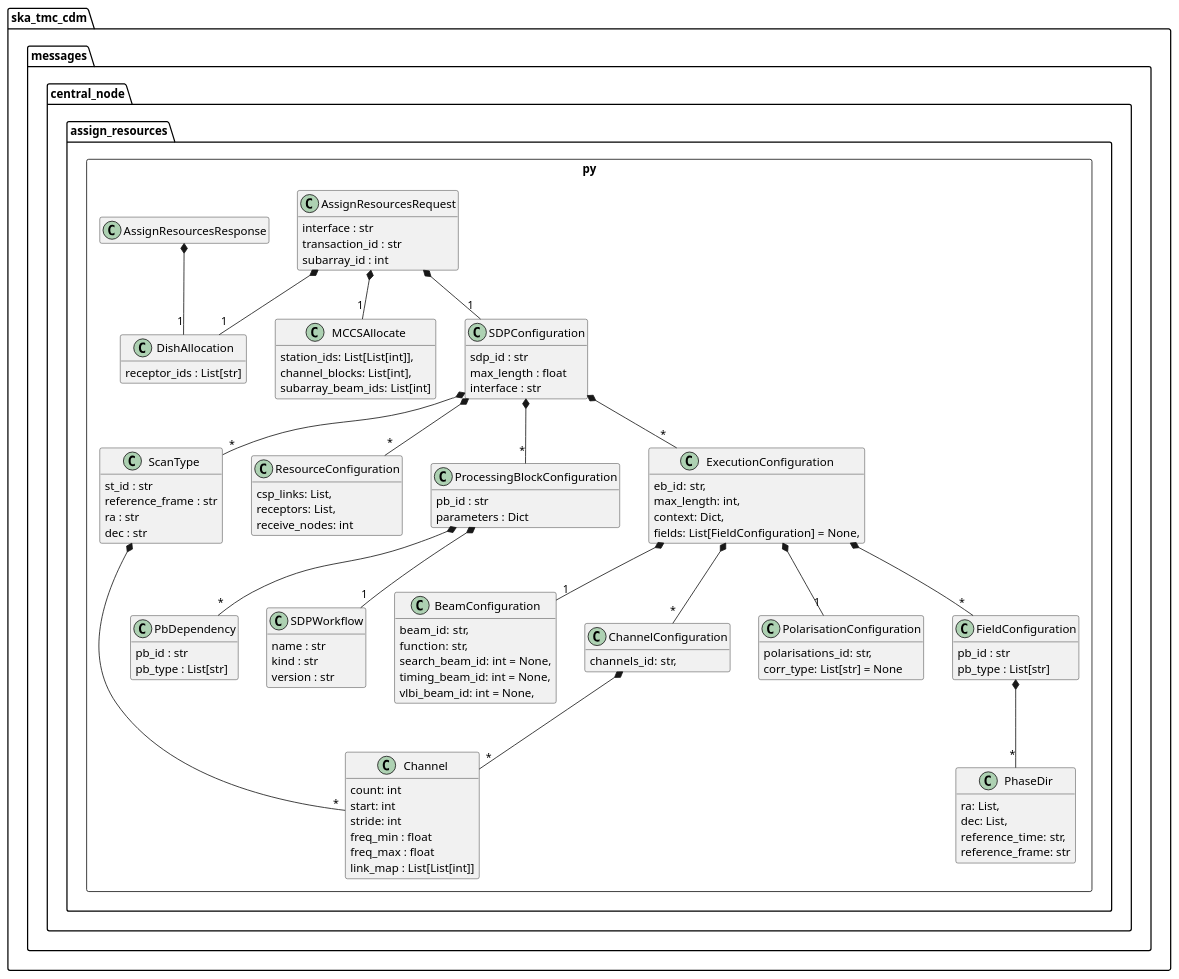
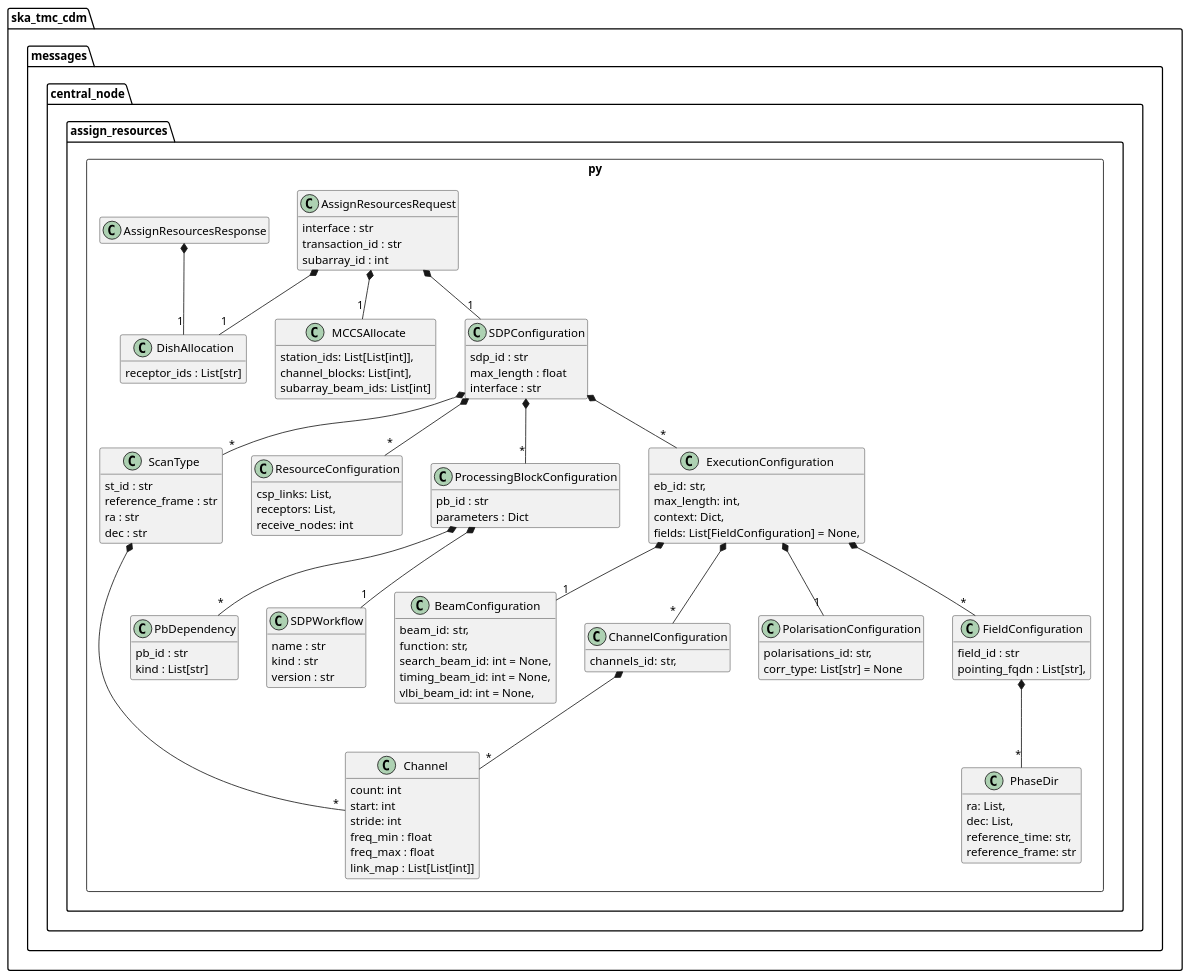
One commit to ska-telescope/cdm-shared-library changed the diagram in docs/src/developer/centralnode/assignresources.puml. Above: the diagram before and after it, drawn with PlantUML. The commit also changed 3 other files, not shown here.

```diff
--- a/docs/src/developer/centralnode/assignresources.puml
+++ b/docs/src/developer/centralnode/assignresources.puml
@@ -1,120 +1,120 @@
 @startuml
 hide empty members
 
 package ska_tmc_cdm.messages.central_node {
     package assign_resources.py <<Rectangle>> {
         class DishAllocation {
             receptor_ids : List[str]
         }
 
         class MCCSAllocate {
             station_ids: List[List[int]],
             channel_blocks: List[int],
             subarray_beam_ids: List[int]
         }
 
         class Channel {
             count: int
             start: int
             stride: int
             freq_min : float
             freq_max : float
             link_map : List[List[int]]
         }
 
         class ScanType {
             st_id : str
             reference_frame : str
             ra : str
             dec : str
         }
         ScanType *-- "*" Channel
 
         class PbDependency {
             pb_id : str
-            pb_type : List[str]
+            kind : List[str]
         }
          class ResourceConfiguration {
             csp_links: List, 
             receptors: List,
             receive_nodes: int
         }
         class PhaseDir {
             ra: List,
             dec: List, 
             reference_time: str, 
             reference_frame: str
         }
         class BeamConfiguration {
             beam_id: str,
             function: str,
             search_beam_id: int = None,
             timing_beam_id: int = None,
             vlbi_beam_id: int = None,
         }
         class ChannelConfiguration {
             channels_id: str, 
         }
         ChannelConfiguration  *-- "*" Channel
         class PolarisationConfiguration {
             polarisations_id: str,
             corr_type: List[str] = None  
         }
 
         class FieldConfiguration {
-            pb_id : str
-            pb_type : List[str]
+            field_id : str
+            pointing_fqdn : List[str],
         }
 
         FieldConfiguration  *-- "*" PhaseDir
 
         class SDPWorkflow {
             name : str
             kind : str
             version : str
         }
 
         class ProcessingBlockConfiguration {
             pb_id : str
             parameters : Dict
         }
         ProcessingBlockConfiguration  *-- "1" SDPWorkflow
         ProcessingBlockConfiguration  *-- "*" PbDependency
 
         class ExecutionConfiguration {
             eb_id: str,
             max_length: int,
             context: Dict,
             fields: List[FieldConfiguration] = None,
         }
         ExecutionConfiguration  *-- "1" BeamConfiguration
         ExecutionConfiguration  *-- "*" ChannelConfiguration
         ExecutionConfiguration  *-- "1" PolarisationConfiguration
         ExecutionConfiguration  *-- "*" FieldConfiguration
 
         class SDPConfiguration {
             sdp_id : str
             max_length : float
             interface : str
         }
         SDPConfiguration *-- "*" ScanType
         SDPConfiguration *-- "*" ProcessingBlockConfiguration
         SDPConfiguration *-- "*" ExecutionConfiguration
         SDPConfiguration *-- "*" ResourceConfiguration
 
         class AssignResourcesRequest {
             interface : str
             transaction_id : str
             subarray_id : int
         }
 
         AssignResourcesRequest *-- "1" DishAllocation
         AssignResourcesRequest *-- "1" MCCSAllocate
         AssignResourcesRequest *-- "1" SDPConfiguration
 
         class AssignResourcesResponse
         AssignResourcesResponse *-- "1" DishAllocation
 	}
 }
 
 @enduml
```
